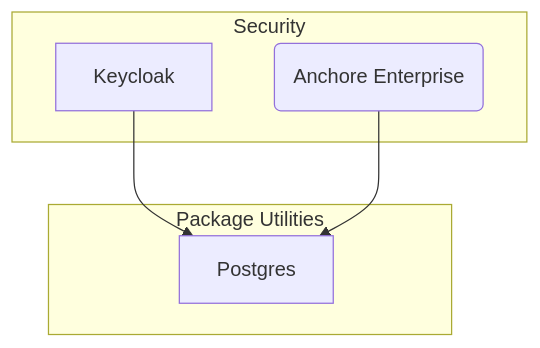
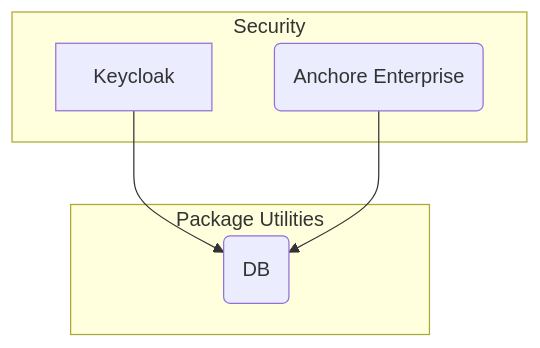
One commit to webage003/bigbangrke changed the third of 6 diagrams in charter/BigBangPackages.md. Above: the diagram before and after it, drawn with Mermaid. The commit also changed other lines of this file, not shown here.

Commit message:
updated BB Packages / removed postgres-redis-mongodb-mysql

````diff
--- a/charter/BigBangPackages.md
+++ b/charter/BigBangPackages.md
@@ -235,12 +235,12 @@
 ```mermaid
 graph TB  
 
   subgraph "Package Utilities"
-    Postgres
+    Postgres(DB)
   end
 
   subgraph "Security"
   Keycloak --> Postgres
   Anchore(Anchore Enterprise) --> Postgres
   end
 ```
````
